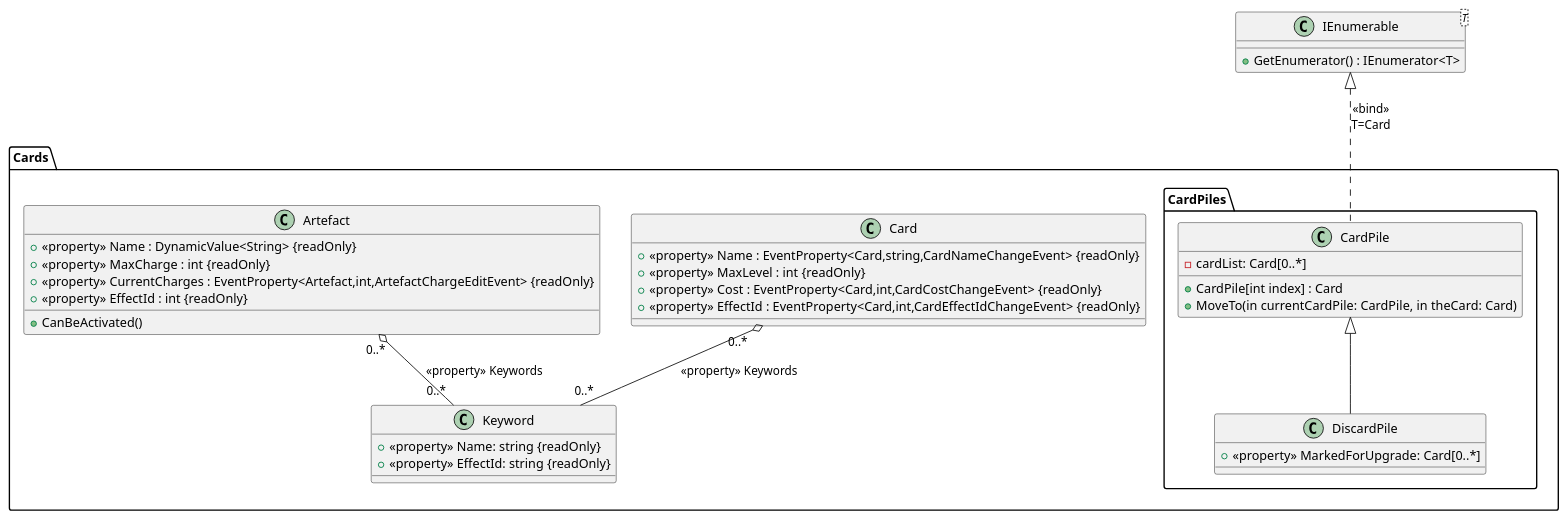
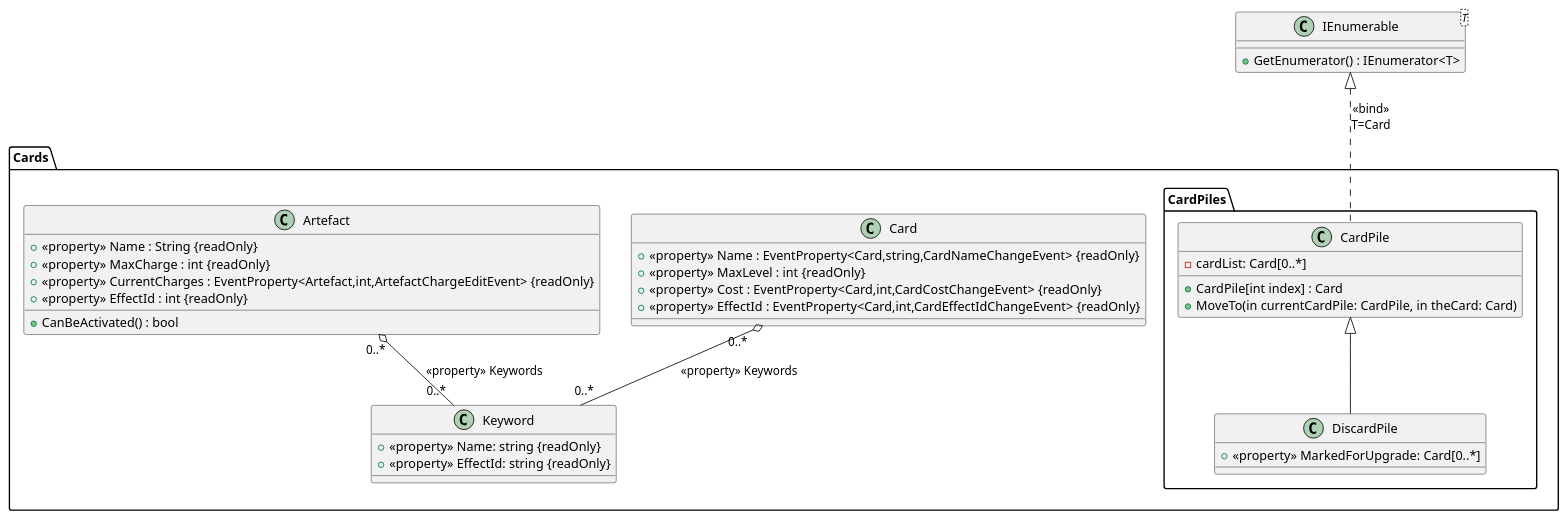
Before and after one commit to Card-Team/CardGame: the diagram in CardGameEngine/CardsClassDiagram.puml, drawn with PlantUML. The commit also changed 2 other files, not shown here.

Commit message:
UML version finale

```diff
--- a/CardGameEngine/CardsClassDiagram.puml
+++ b/CardGameEngine/CardsClassDiagram.puml
@@ -1,46 +1,46 @@
 @startuml
 
 class IEnumerable<T>{
 + GetEnumerator() : IEnumerator<T>
 }
 
 package Cards{
 class Card{
 + <<property>> Name : EventProperty<Card,string,CardNameChangeEvent> {readOnly}
 + <<property>> MaxLevel : int {readOnly}
 + <<property>> Cost : EventProperty<Card,int,CardCostChangeEvent> {readOnly}
 + <<property>> EffectId : EventProperty<Card,int,CardEffectIdChangeEvent> {readOnly}
 'c'est un scriptId en fait
 }
 
 class Keyword{
 + <<property>> Name: string {readOnly}
 + <<property>> EffectId: string {readOnly}
 }
 
 package CardPiles{
 class CardPile{
 - cardList: Card[0..*]
 
 + {method} CardPile[int index] : Card
 + MoveTo(in currentCardPile: CardPile, in theCard: Card)
 }
 class DiscardPile extends CardPile{
 + <<property>> MarkedForUpgrade: Card[0..*]
 }
 }
 
 class Artefact{
-+ <<property>> Name : DynamicValue<String> {readOnly}
++ <<property>> Name : String {readOnly}
 + <<property>> MaxCharge : int {readOnly}
 + <<property>> CurrentCharges : EventProperty<Artefact,int,ArtefactChargeEditEvent> {readOnly}
 + <<property>> EffectId : int {readOnly}
-+ CanBeActivated()
++ CanBeActivated() : bool
 }
 CardPile ..u|> IEnumerable : <<bind>>\nT=Card
 Card "0..*" o--  "0..*" Keyword : <<property>> Keywords
 Artefact "0..*" o--  "0..*" Keyword : <<property>> Keywords
 
 }
 
 @enduml
```
